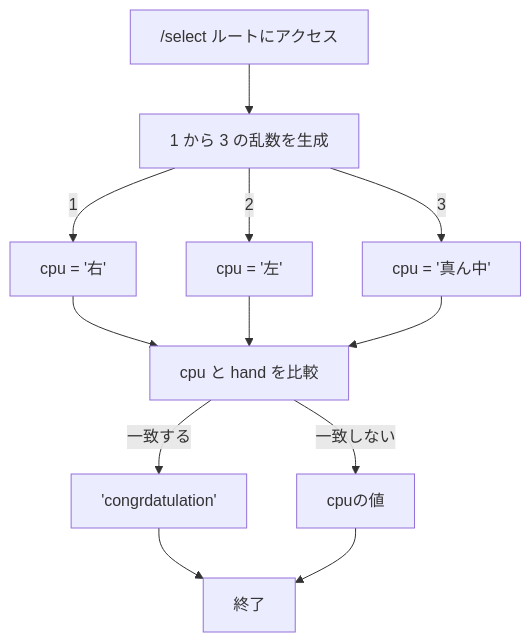
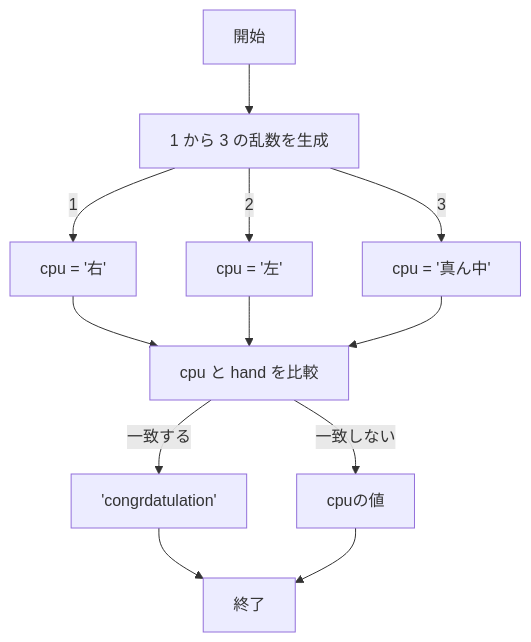
Before and after one commit to togabjto/webpro_06: the second of 2 diagrams in README.md, drawn with Mermaid. The commit also changed other lines of this file, not shown here.

````diff
--- a/README.md
+++ b/README.md
@@ -57,18 +58,18 @@
 ```mermaid
 graph TD;
-    Start["/select ルートにアクセス"]--> RandomNum["1 から 3 の乱数を生成"]
+    Start["開始"]--> RandomNum["1 から 3 の乱数を生成"]
 
     RandomNum -->|1| Right["cpu = '右'"]
     RandomNum -->|2| Left["cpu = '左'"]
     RandomNum -->|3| Center["cpu = '真ん中'"]
     
     Right --> CheckMatch["cpu と hand を比較"]
     Left --> CheckMatch
     Center --> CheckMatch
 
     CheckMatch -- 一致する --> Match["'congrdatulation'"]
     CheckMatch -- 一致しない --> NoMatch["cpuの値"]
 
     Match --> Render["終了"]
     NoMatch --> Render
 ```
````
